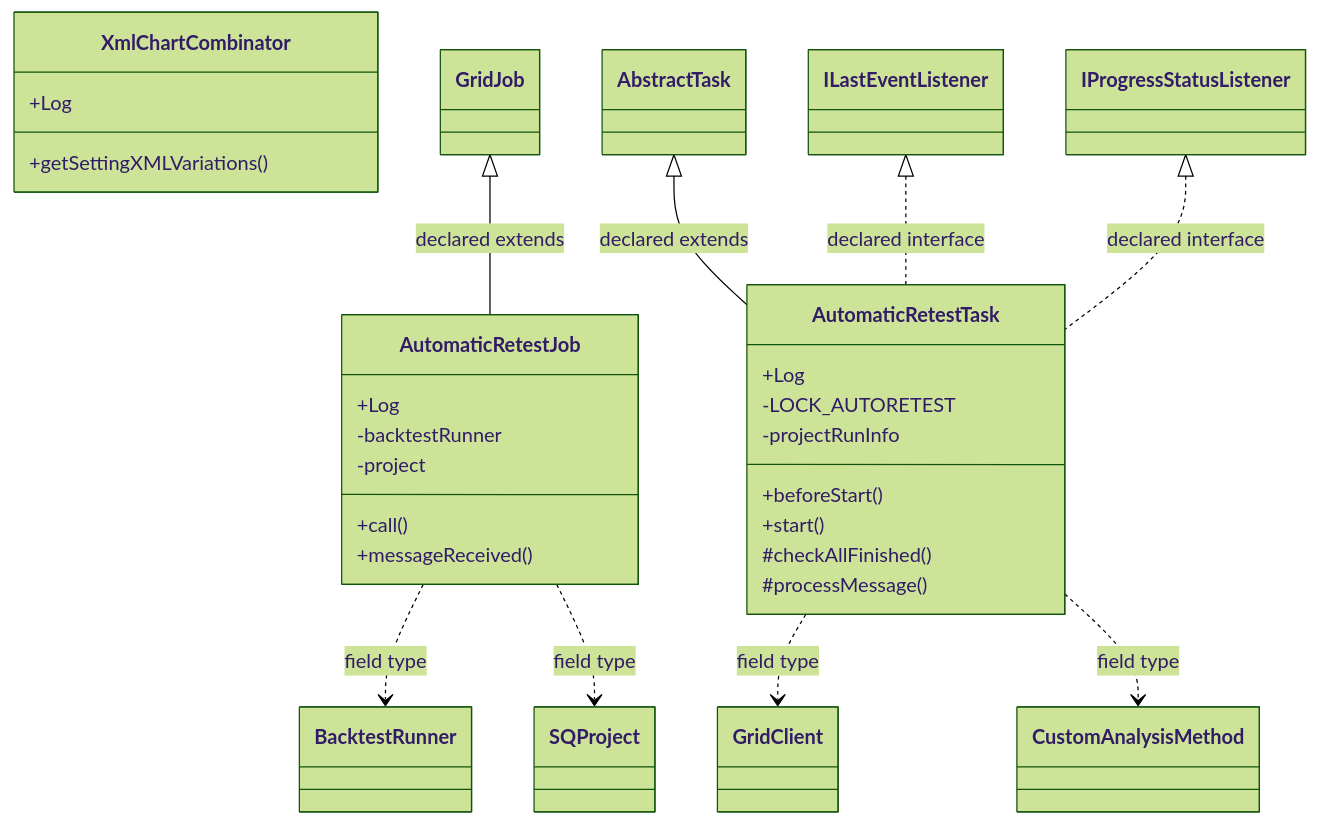
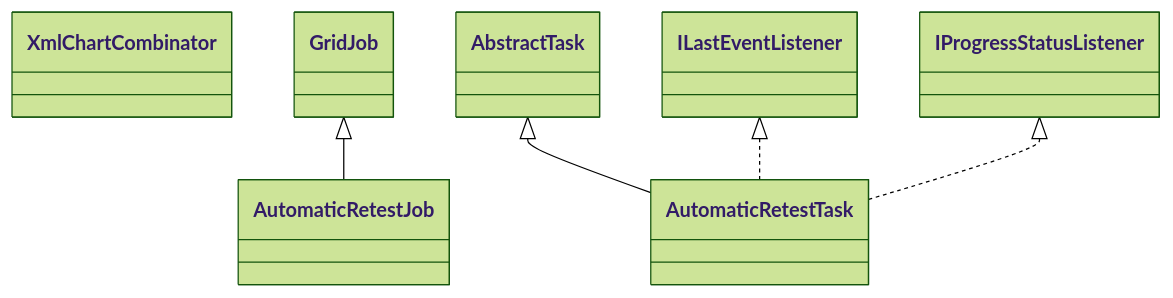
The diagram in docs/sqx/Retester/TaskAutomaticRetest.md (haruperi/HaruQuantAI), drawn with Mermaid (forest theme) before and after one commit. The commit also changed other lines of this file and 1688 other files, not shown here.

````diff
--- a/docs/sqx/Retester/TaskAutomaticRetest.md
+++ b/docs/sqx/Retester/TaskAutomaticRetest.md
@@ -30,39 +26,14 @@
 ```mermaid
 classDiagram
-    class Cb85852081c6b["AutomaticRetestJob"] {
-        +Log
-        -backtestRunner
-        -project
-        +call()
-        +messageReceived()
-    }
-    class Ce544c890bc40["AutomaticRetestTask"] {
-        +Log
-        -LOCK_AUTORETEST
-        -projectRunInfo
-        +beforeStart()
-        +start()
-        #checkAllFinished()
-        #processMessage()
-    }
-    class Cedf03d07d0e1["XmlChartCombinator"] {
-        +Log
-        +getSettingXMLVariations()
-    }
-    class C2d5349dc1f49["GridClient"]
-    class C729a56512564["GridJob"]
-    class C4e0104799ec7["CustomAnalysisMethod"]
-    class C044e39d2df83["BacktestRunner"]
-    class C1295ffcc9568["ILastEventListener"]
-    class C7126b816a5a1["IProgressStatusListener"]
-    class C8241bc919d95["SQProject"]
-    class Ce44d386802cb["AbstractTask"]
-    C729a56512564 <|-- Cb85852081c6b : declared extends
-    Cb85852081c6b ..> C044e39d2df83 : field type
-    Cb85852081c6b ..> C8241bc919d95 : field type
-    Ce44d386802cb <|-- Ce544c890bc40 : declared extends
-    C1295ffcc9568 <|.. Ce544c890bc40 : declared interface
-    C7126b816a5a1 <|.. Ce544c890bc40 : declared interface
-    Ce544c890bc40 ..> C2d5349dc1f49 : field type
-    Ce544c890bc40 ..> C4e0104799ec7 : field type
+    class C0["AutomaticRetestJob"]
+    class C1["AutomaticRetestTask"]
+    class C2["XmlChartCombinator"]
+    class E0["GridJob"]
+    E0 <|-- C0
+    class E1["AbstractTask"]
+    E1 <|-- C1
+    class E2["ILastEventListener"]
+    E2 <|.. C1
+    class E3["IProgressStatusListener"]
+    E3 <|.. C1
 ```
````
